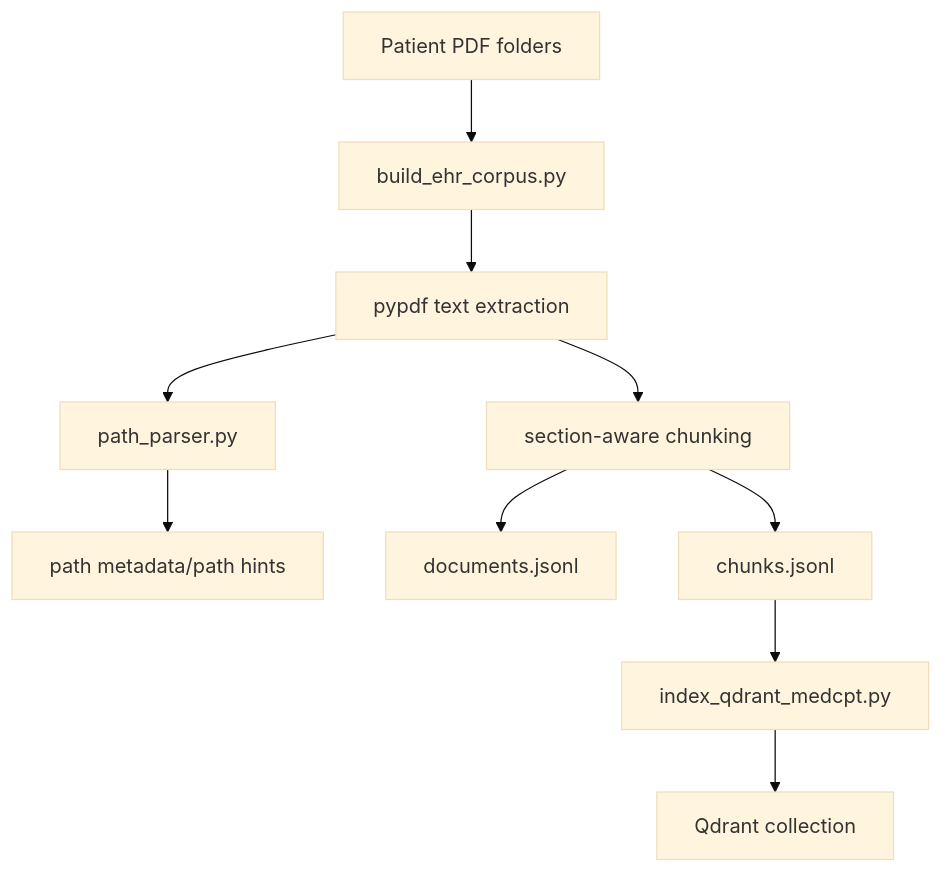
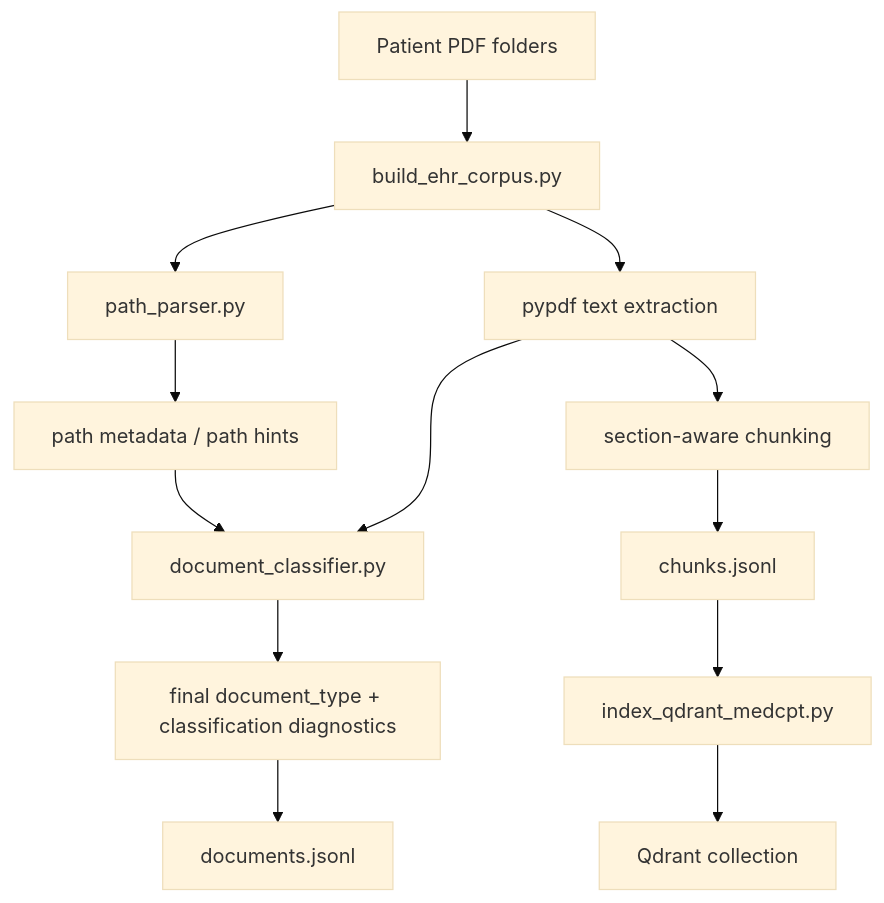
Before and after one commit to Kelebrimbor97/Bariatric_Document_version: the second of 8 diagrams in docs/PROJECT_FLOW.md, drawn with Mermaid (base theme). The commit also changed other lines of this file and 1 other file, not shown here.

````diff
--- a/docs/PROJECT_FLOW.md
+++ b/docs/PROJECT_FLOW.md
@@ -95,12 +95,15 @@
 ```mermaid
 flowchart TD
     A[Patient PDF folders] --> B[build_ehr_corpus.py]
     B --> C[pypdf text extraction]
-    C --> D[path_parser.py]
-    D --> D2[path metadata/path hints]
-    C --> E[section-aware chunking]
-    E --> F[documents.jsonl]
-    E --> G[chunks.jsonl]
-    G --> H[index_qdrant_medcpt.py]
-    H --> I[Qdrant collection]
+    B --> D[path_parser.py]
+    D --> D1[path metadata / path hints]
+    C --> E[document_classifier.py]
+    D1 --> E
+    E --> E1[final document_type + classification diagnostics]
+    C --> F[section-aware chunking]
+    E1 --> G[documents.jsonl]
+    F --> H[chunks.jsonl]
+    H --> I[index_qdrant_medcpt.py]
+    I --> J[Qdrant collection]
 ```
````
